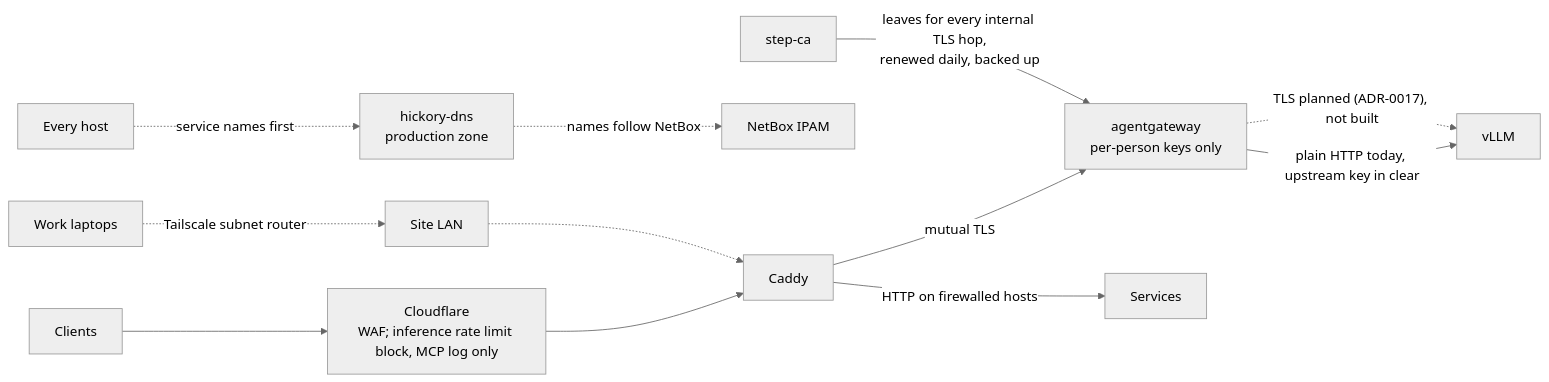
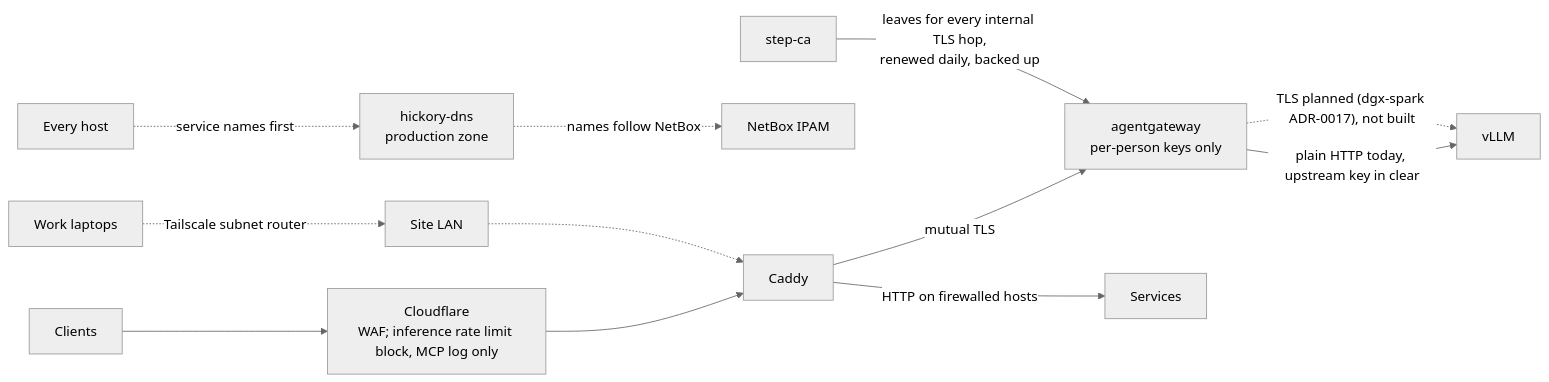
Before and after one commit to uhstray-io/agent-cloud: diagram 14 of 14 in plan/architecture/network-architecture.md, drawn with Mermaid (neutral theme). The commit also changed other lines of this file and 34 other files, not shown here.

````diff
--- a/plan/architecture/network-architecture.md
+++ b/plan/architecture/network-architecture.md
@@ -665,14 +665,14 @@
 ```mermaid
 flowchart LR
     CL["Clients"] --> CF["Cloudflare<br/>WAF; inference rate limit block, MCP log only"]
     LAPTOP["Work laptops"] -.->|"Tailscale subnet router"| LANIN["Site LAN"]
     CF --> CADDY["Caddy"]
     LANIN -.-> CADDY
     CADDY -->|"mutual TLS"| AGW["agentgateway<br/>per-person keys only"]
     AGW -->|"plain HTTP today, upstream key in clear"| VLLM["vLLM"]
-    AGW -.->|"TLS planned (ADR-0017), not built"| VLLM
+    AGW -.->|"TLS planned (dgx-spark ADR-0017), not built"| VLLM
     CADDY -->|"HTTP on firewalled hosts"| SVC["Services"]
     HOSTS["Every host"] -.->|"service names first"| DNS["hickory-dns<br/>production zone"]
     DNS -.->|"names follow NetBox"| NB["NetBox IPAM"]
     CA["step-ca"] -->|"leaves for every internal TLS hop,<br/>renewed daily, backed up"| AGW
 ```
````
